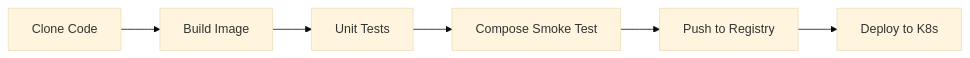
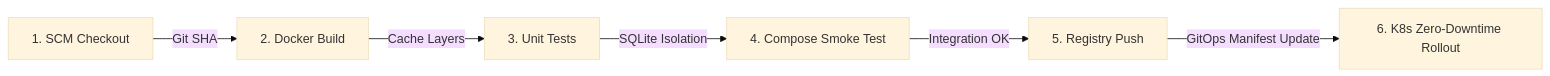
One commit to sudarshanvashisht/django-notes-app-k8s changed the third of 3 diagrams in README.md. Above: the diagram before and after it, drawn with Mermaid (base theme). The commit also changed other lines of this file, not shown here.

Commit message:
Elevate README to Enterprise-Grade DevSecOps PRO MAX documentation with executive summary, shields, and deep technical engineering explanations

````diff
--- a/README.md
+++ b/README.md
@@ -75,8 +99,8 @@
 ```mermaid
 flowchart LR
-    A[Clone Code] --> B[Build Image]
-    B --> C[Unit Tests]
-    C --> D[Compose Smoke Test]
-    D --> E[Push to Registry]
-    E --> F[Deploy to K8s]
+    A[1. SCM Checkout] -->|Git SHA| B[2. Docker Build]
+    B -->|Cache Layers| C[3. Unit Tests]
+    C -->|SQLite Isolation| D[4. Compose Smoke Test]
+    D -->|Integration OK| E[5. Registry Push]
+    E -->|GitOps Manifest Update| F[6. K8s Zero-Downtime Rollout]
 ```
````
